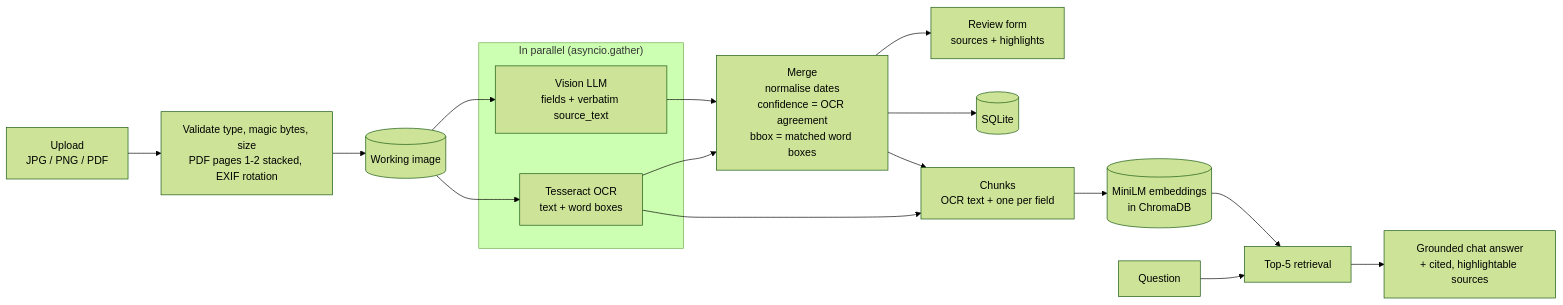
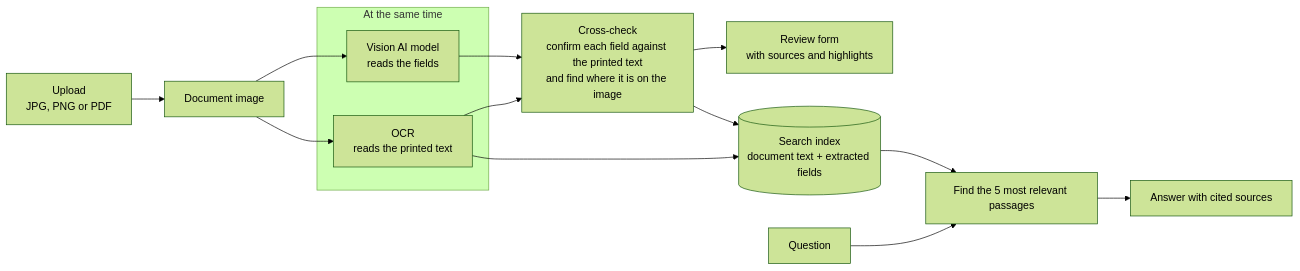
The first of 2 diagrams in README.md (DeeprajR/dl-reader), drawn with Mermaid (forest theme) before and after one commit. The commit also changed other lines of this file, not shown here.

````diff
--- a/README.md
+++ b/README.md
@@ -27,21 +27,18 @@
 ```mermaid
 flowchart LR
-    U["Upload<br/>JPG / PNG / PDF"] --> V["Validate type, magic bytes, size<br/>PDF pages 1-2 stacked, EXIF rotation"]
-    V --> W[("Working image")]
-    subgraph P["In parallel (asyncio.gather)"]
-        OCR["Tesseract OCR<br/>text + word boxes"]
-        VLM["Vision LLM<br/>fields + verbatim source_text"]
+    U["Upload<br/>JPG, PNG or PDF"] --> I["Document image"]
+    subgraph P["At the same time"]
+        OCR["OCR<br/>reads the printed text"]
+        AI["Vision AI model<br/>reads the fields"]
     end
-    W --> OCR
-    W --> VLM
-    OCR --> M["Merge<br/>normalise dates<br/>confidence = OCR agreement<br/>bbox = matched word boxes"]
-    VLM --> M
-    M --> F["Review form<br/>sources + highlights"]
-    M --> DB[("SQLite")]
-    OCR --> CH["Chunks<br/>OCR text + one per field"]
-    M --> CH
-    CH --> E[("MiniLM embeddings<br/>in ChromaDB")]
-    Q["Question"] --> R["Top-5 retrieval"]
-    E --> R
-    R --> G["Grounded chat answer<br/>+ cited, highlightable sources"]
+    I --> OCR
+    I --> AI
+    OCR --> C["Cross-check<br/>confirm each field against the printed text<br/>and find where it is on the image"]
+    AI --> C
+    C --> F["Review form<br/>with sources and highlights"]
+    OCR --> X[("Search index<br/>document text + extracted fields")]
+    C --> X
+    Q["Question"] --> S["Find the 5 most relevant passages"]
+    X --> S
+    S --> A["Answer with cited sources"]
 ```
````
